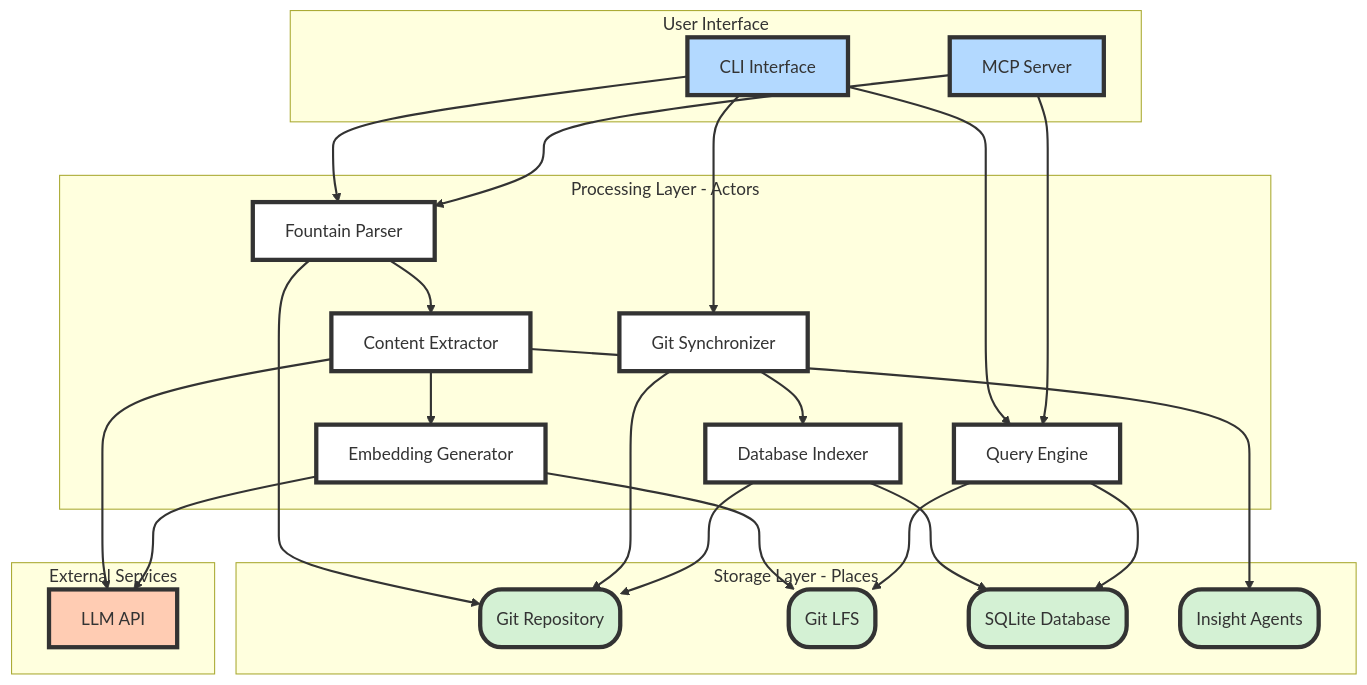
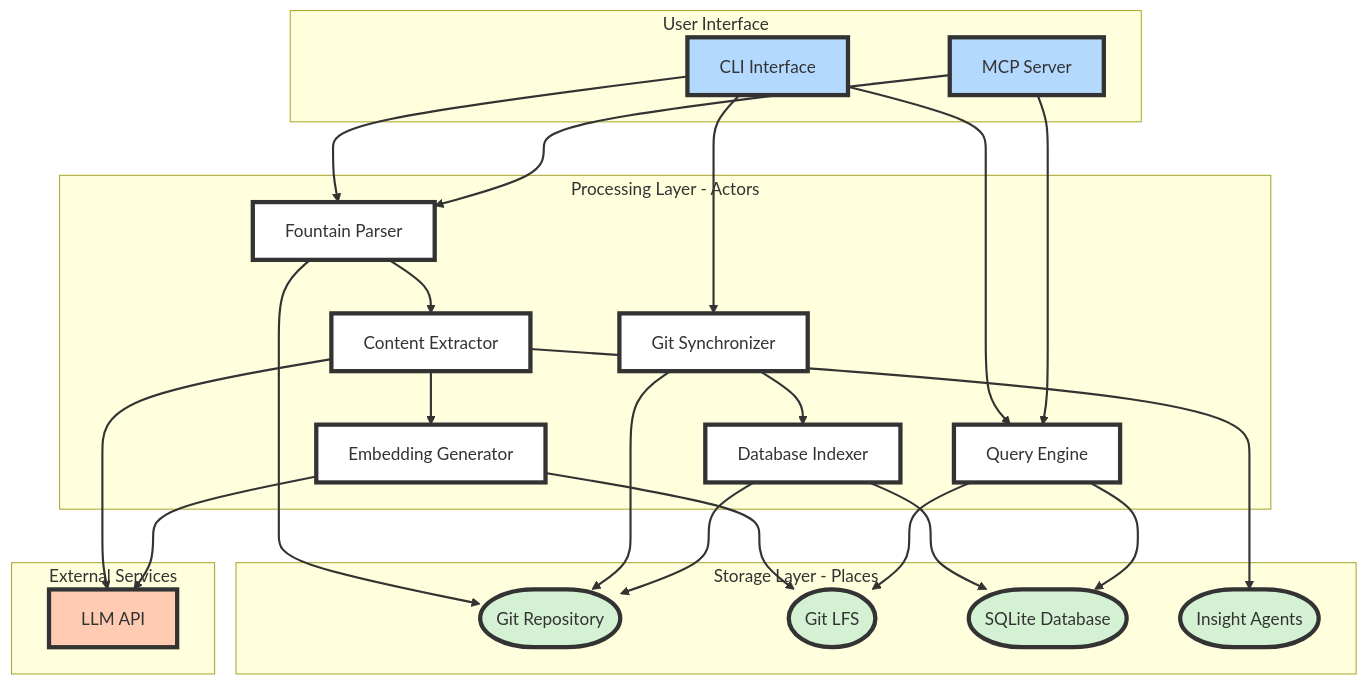
Before and after one commit to trieloff/scriptrag: the first of 4 diagrams in ARCHITECTURE.md, drawn with Mermaid.

Commit message:
style(architecture): increase border radius for pill-shaped styles
In ARCHITECTURE.md, updated the rx and ry values from 20 to 50 for the GR, LFS, DB, and IA elements to make the pill-shaped styles more rounded.

````diff
--- a/ARCHITECTURE.md
+++ b/ARCHITECTURE.md
@@ -11,69 +11,69 @@
 ```mermaid
 graph TB
     subgraph "User Interface"
         CLI[CLI Interface]
         MCP[MCP Server]
     end
 
     subgraph "Processing Layer - Actors"
         FP[Fountain Parser]
         CE[Content Extractor]
         EG[Embedding Generator]
         GS[Git Synchronizer]
         DI[Database Indexer]
         QE[Query Engine]
     end
 
     subgraph "Storage Layer - Places"
         GR(Git Repository)
         LFS(Git LFS)
         DB(SQLite Database)
         IA(Insight Agents)
     end
 
     subgraph "External Services"
         LLM[LLM API]
     end
 
     CLI --> FP
     CLI --> QE
     CLI --> GS
     MCP --> FP
     MCP --> QE
 
     FP --> GR
     FP --> CE
     CE --> LLM
     CE --> IA
     CE --> EG
     EG --> LLM
     EG --> LFS
 
     GS --> GR
     GS --> DI
     DI --> DB
     DI --> GR
 
     QE --> DB
     QE --> LFS
 
     %% Actor styling (rectangular boxes)
     style CLI fill:#b3d9ff,stroke:#333,stroke-width:4px
     style MCP fill:#b3d9ff,stroke:#333,stroke-width:4px
     style FP fill:#fff,stroke:#333,stroke-width:4px
     style CE fill:#fff,stroke:#333,stroke-width:4px
     style EG fill:#fff,stroke:#333,stroke-width:4px
     style GS fill:#fff,stroke:#333,stroke-width:4px
     style DI fill:#fff,stroke:#333,stroke-width:4px
     style QE fill:#fff,stroke:#333,stroke-width:4px
     style LLM fill:#ffccb3,stroke:#333,stroke-width:4px
 
     %% Place styling (pill-shaped with rounded corners)
-    style GR fill:#d4f1d4,stroke:#333,stroke-width:4px,rx:20,ry:20
-    style LFS fill:#d4f1d4,stroke:#333,stroke-width:4px,rx:20,ry:20
-    style DB fill:#d4f1d4,stroke:#333,stroke-width:4px,rx:20,ry:20
-    style IA fill:#d4f1d4,stroke:#333,stroke-width:4px,rx:20,ry:20
+    style GR fill:#d4f1d4,stroke:#333,stroke-width:4px,rx:50,ry:50
+    style LFS fill:#d4f1d4,stroke:#333,stroke-width:4px,rx:50,ry:50
+    style DB fill:#d4f1d4,stroke:#333,stroke-width:4px,rx:50,ry:50
+    style IA fill:#d4f1d4,stroke:#333,stroke-width:4px,rx:50,ry:50
 
     %% Edge styling
     linkStyle default stroke:#333,stroke-width:2px
 ```
````
